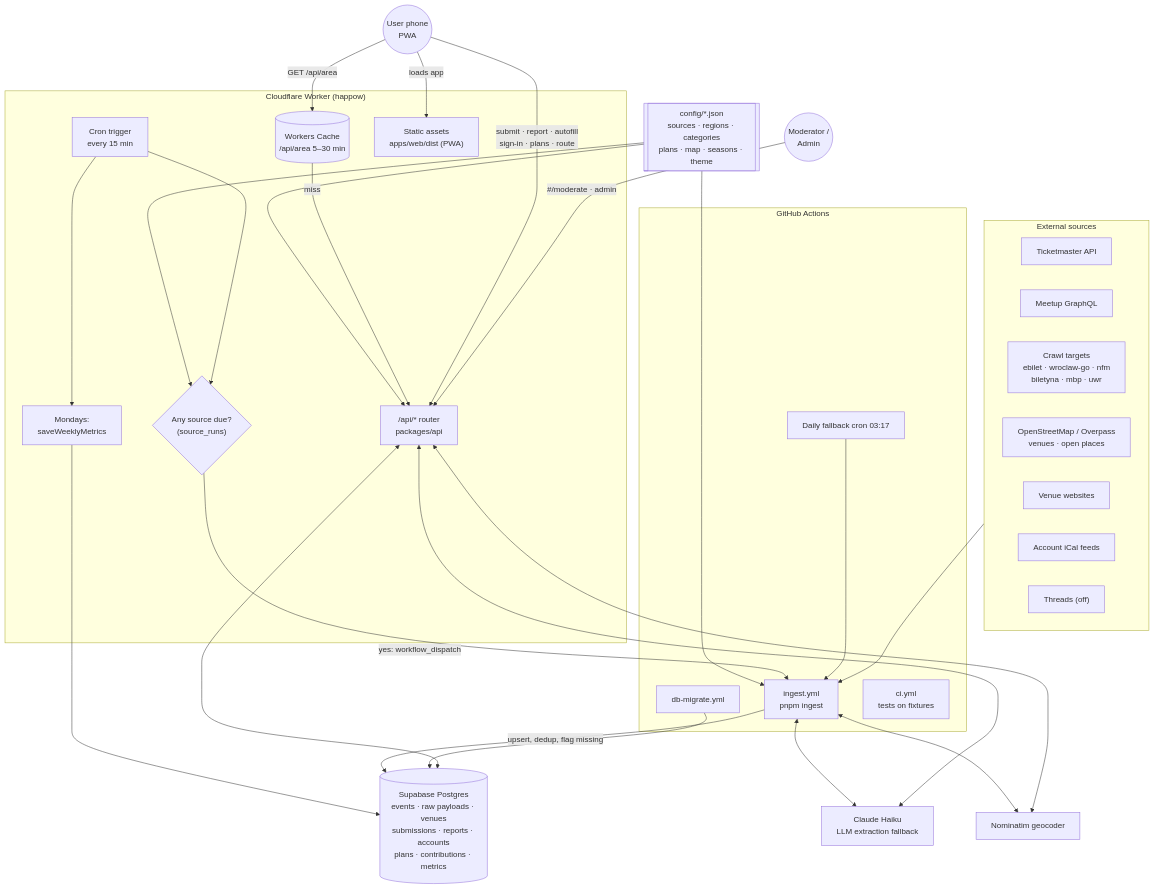
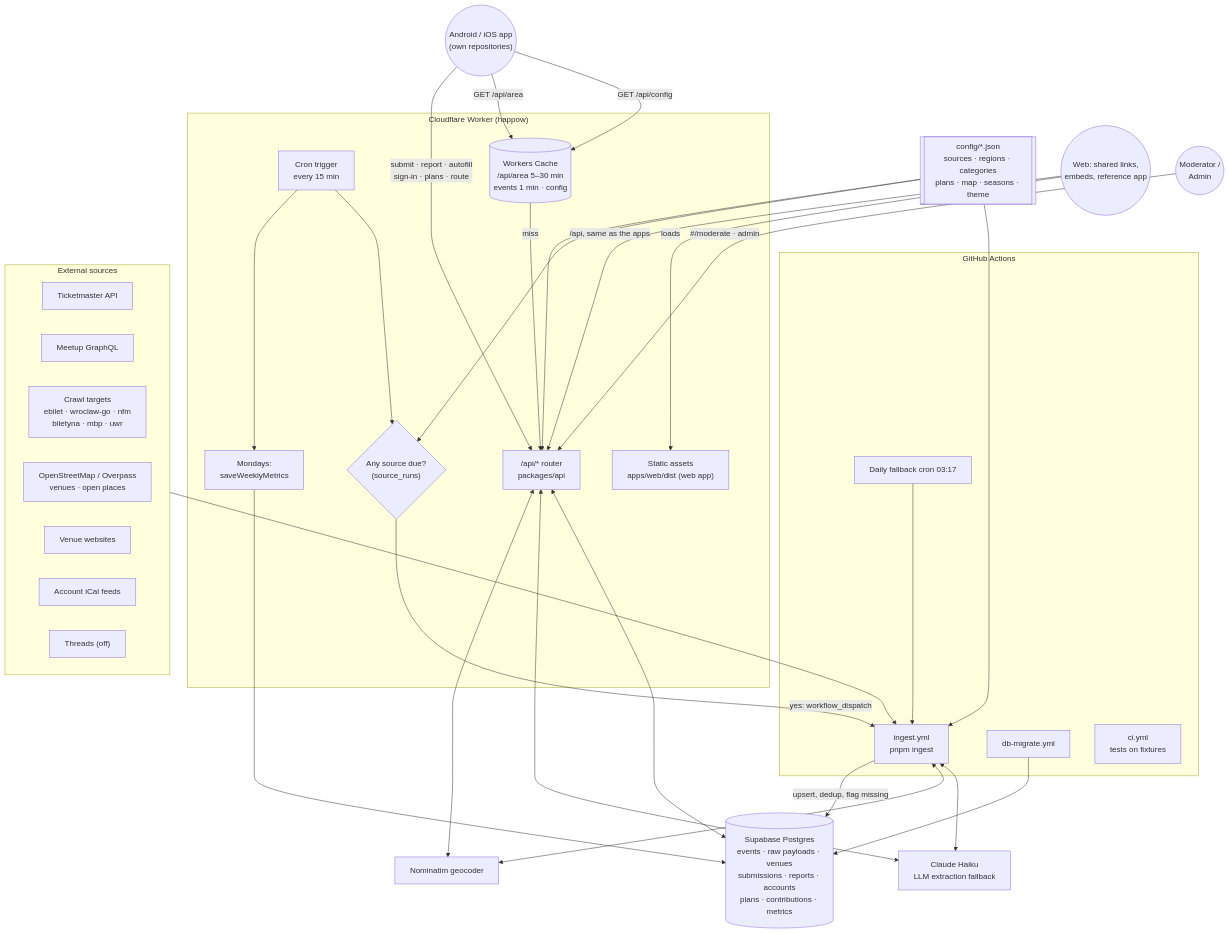
Before and after one commit to PriamSinbob/Happow: the first of 4 diagrams in docs/ARCHITECTURE.md, drawn with Mermaid. The commit also changed other lines of this file and 7 other files, not shown here.

First line of the commit message:
Direction: Android and iOS apps against this API; the web stays as reference

````diff
--- a/docs/ARCHITECTURE.md
+++ b/docs/ARCHITECTURE.md
@@ -9,59 +9,62 @@
 ```mermaid
 flowchart TB
   CFG[["config/*.json<br/>sources · regions · categories<br/>plans · map · seasons · theme"]]
 
   subgraph CF["Cloudflare Worker (happow)"]
     CRON["Cron trigger<br/>every 15 min"]
     SCHED{"Any source due?<br/>(source_runs)"}
     METRICS["Mondays:<br/>saveWeeklyMetrics"]
     API["/api/* router<br/>packages/api"]
-    CACHE[("Workers Cache<br/>/api/area 5–30 min")]
-    STATIC["Static assets<br/>apps/web/dist (PWA)"]
+    CACHE[("Workers Cache<br/>/api/area 5–30 min<br/>events 1 min · config")]
+    STATIC["Static assets<br/>apps/web/dist (web app)"]
   end
 
   subgraph GH["GitHub Actions"]
     INGEST["ingest.yml<br/>pnpm ingest"]
     FALLBACK["Daily fallback cron 03:17"]
     MIGRATE["db-migrate.yml"]
     CI["ci.yml<br/>tests on fixtures"]
   end
 
   subgraph EXT["External sources"]
     TM["Ticketmaster API"]
     MU["Meetup GraphQL"]
     CRAWL["Crawl targets<br/>ebilet · wroclaw-go · nfm<br/>biletyna · mbp · uwr"]
     OSM["OpenStreetMap / Overpass<br/>venues · open places"]
     VS["Venue websites"]
     FEEDS["Account iCal feeds"]
     TH["Threads (off)"]
   end
 
   LLM["Claude Haiku<br/>LLM extraction fallback"]
   GEO["Nominatim geocoder"]
   DB[("Supabase Postgres<br/>events · raw payloads · venues<br/>submissions · reports · accounts<br/>plans · contributions · metrics")]
 
-  USER(("User phone<br/>PWA"))
+  USER(("Android / iOS app<br/>(own repositories)"))
+  WEB(("Web: shared links,<br/>embeds, reference app"))
   MOD(("Moderator /<br/>Admin"))
 
   CFG --> SCHED
   CFG --> INGEST
   CFG --> API
   CRON --> SCHED
   CRON --> METRICS --> DB
   SCHED -- "yes: workflow_dispatch" --> INGEST
   FALLBACK --> INGEST
   EXT --> INGEST
   INGEST <--> LLM
   INGEST <--> GEO
   INGEST -- "upsert, dedup, flag missing" --> DB
   MIGRATE --> DB
 
-  USER -- "loads app" --> STATIC
+  WEB -- "loads" --> STATIC
+  WEB -- "/api, same as the apps" --> API
+  USER -- "GET /api/config" --> CACHE
   USER -- "GET /api/area" --> CACHE
   CACHE -- "miss" --> API
   USER -- "submit · report · autofill<br/>sign-in · plans · route" --> API
   MOD -- "#/moderate · admin" --> API
   API <--> DB
   API <--> LLM
   API <--> GEO
 ```
````
